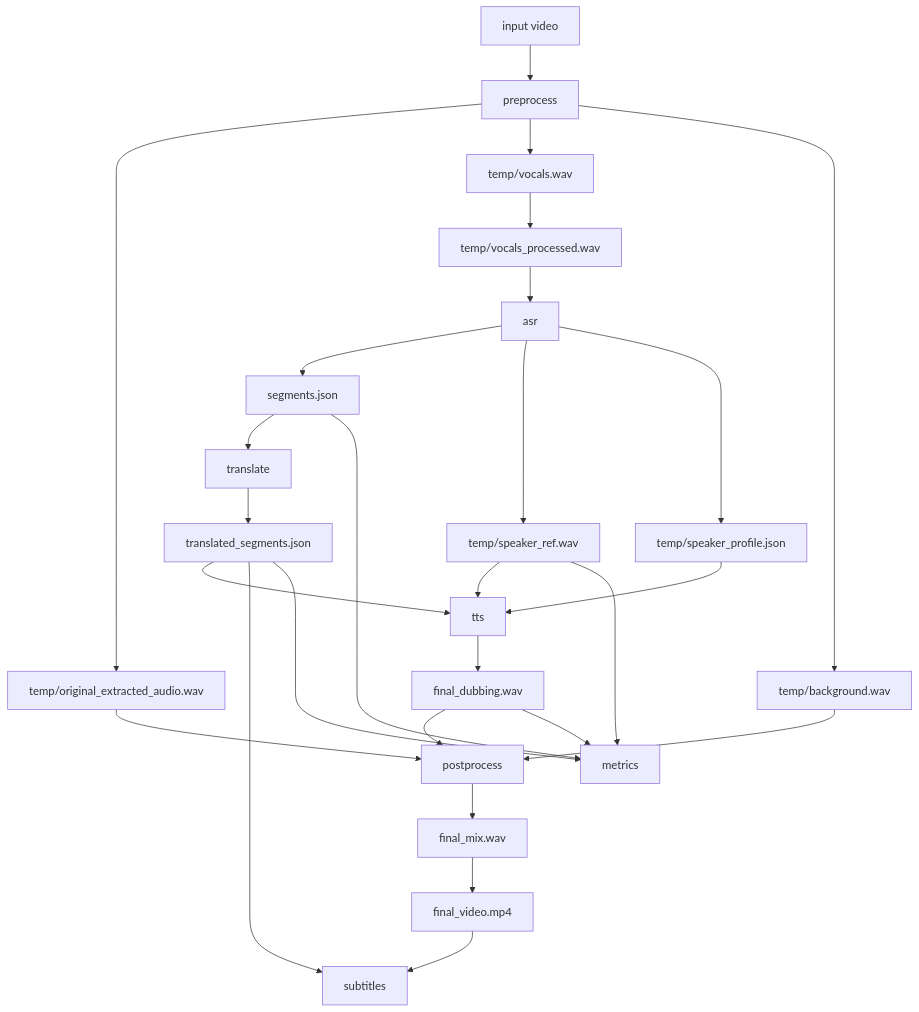
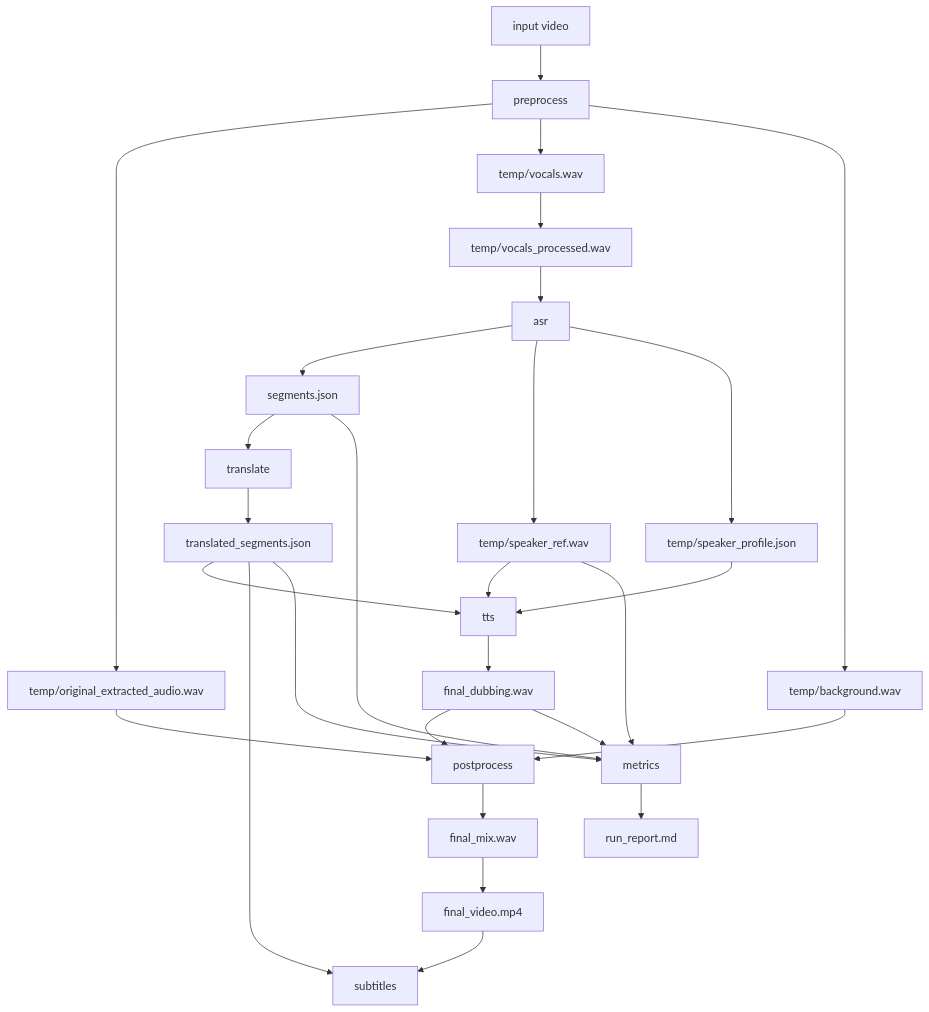
The diagram in ENGINEERING_MAP.md (SemyaN1el/vid_dub), drawn with Mermaid before and after one commit. The commit also changed other lines of this file and 8 other files, not shown here.

````diff
--- a/ENGINEERING_MAP.md
+++ b/ENGINEERING_MAP.md
@@ -20,29 +20,30 @@
 ```mermaid
 flowchart TD
     A["input video"] --> B["preprocess"]
     B --> C["temp/original_extracted_audio.wav"]
     B --> D["temp/vocals.wav"]
     B --> E["temp/background.wav"]
     D --> F["temp/vocals_processed.wav"]
     F --> G["asr"]
     G --> H["segments.json"]
     G --> I["temp/speaker_ref.wav"]
     G --> J["temp/speaker_profile.json"]
     H --> K["translate"]
     K --> L["translated_segments.json"]
     L --> M["tts"]
     I --> M
     J --> M
     M --> N["final_dubbing.wav"]
     N --> O["postprocess"]
     E --> O
     C --> O
     O --> P["final_mix.wav"]
     P --> Q["final_video.mp4"]
     Q --> R["subtitles"]
     L --> R
     H --> S["metrics"]
     L --> S
     I --> S
+    S --> T["run_report.md"]
     N --> S
 ```
````
